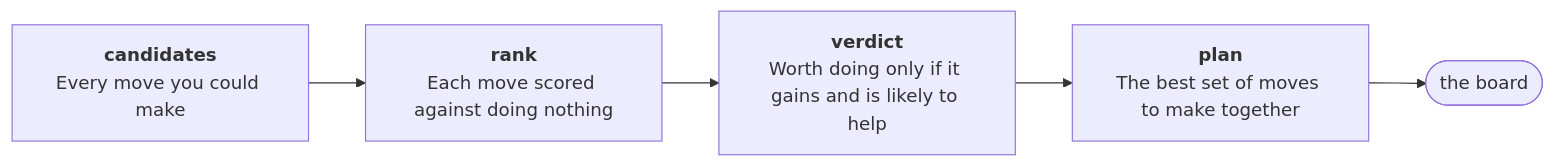
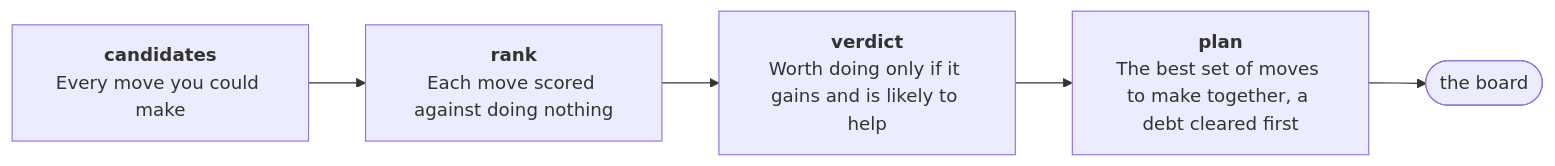
One commit to OrsM/liga_five_guys changed the diagram in docs/funnel.mmd. Above: the diagram before and after it, drawn with Mermaid. The commit also changed 7 other files, not shown here.

First line of the commit message:
Clear a debt before the lock: the plan sells first

```diff
--- a/docs/funnel.mmd
+++ b/docs/funnel.mmd
@@ -1,9 +1,9 @@
 flowchart LR
     s0["<b>candidates</b><br/>Every move you could make"]
     s1["<b>rank</b><br/>Each move scored against doing nothing"]
     s0 --> s1
     s2["<b>verdict</b><br/>Worth doing only if it gains and is likely to help"]
     s1 --> s2
-    s3["<b>plan</b><br/>The best set of moves to make together"]
+    s3["<b>plan</b><br/>The best set of moves to make together, a debt cleared first"]
     s2 --> s3
     s3 --> board(["the board"])
```
